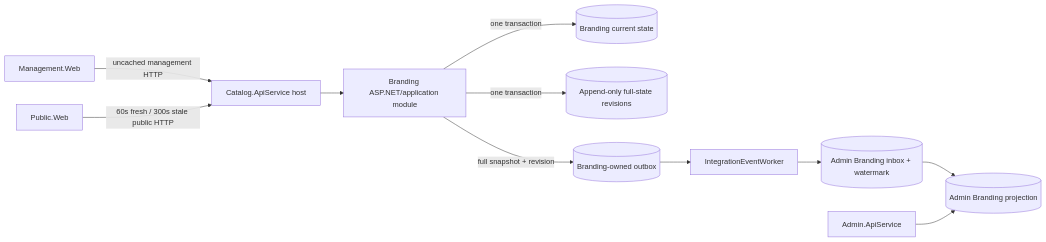
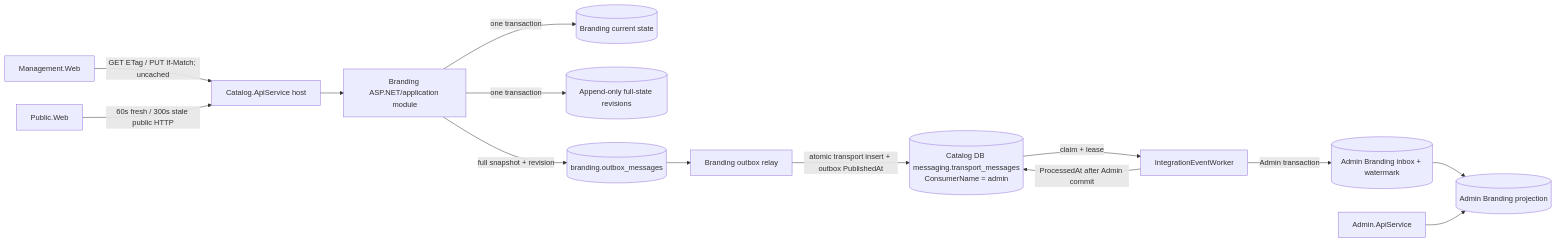
The tenth of 12 diagrams in docs/architecture/FLOWS.md (danigutsch/ViajantesTurismo), drawn with Mermaid before and after one commit. The commit also changed other lines of this file and 19 other files, not shown here.

Commit message:
docs(architecture): resolve branding ADR review gaps

````diff
--- a/docs/architecture/FLOWS.md
+++ b/docs/architecture/FLOWS.md
@@ -352,25 +352,30 @@
 ```mermaid
 flowchart LR
     management[Management.Web]
     public[Public.Web]
     catalogHost[Catalog.ApiService host]
     brandingModule[Branding ASP.NET/application module]
     current[(Branding current state)]
     revisions[(Append-only full-state revisions)]
-    outbox[(Branding-owned outbox)]
+    outbox[(branding.outbox_messages)]
+    relay[Branding outbox relay]
+    transport[(Catalog DB messaging.transport_messages\nConsumerName = admin)]
     worker[IntegrationEventWorker]
     adminInbox[(Admin Branding inbox + watermark)]
     adminProjection[(Admin Branding projection)]
     adminApi[Admin.ApiService]
 
-    management -->|uncached management HTTP| catalogHost
+    management -->|GET ETag / PUT If-Match; uncached| catalogHost
     public -->|60s fresh / 300s stale public HTTP| catalogHost
     catalogHost --> brandingModule
     brandingModule -->|one transaction| current
     brandingModule -->|one transaction| revisions
     brandingModule -->|full snapshot + revision| outbox
-    outbox --> worker
-    worker --> adminInbox
+    outbox --> relay
+    relay -->|atomic transport insert + outbox PublishedAt| transport
+    transport -->|claim + lease| worker
+    worker -->|Admin transaction| adminInbox
     adminInbox --> adminProjection
+    worker -->|ProcessedAt after Admin commit| transport
     adminApi --> adminProjection
 ```
````
